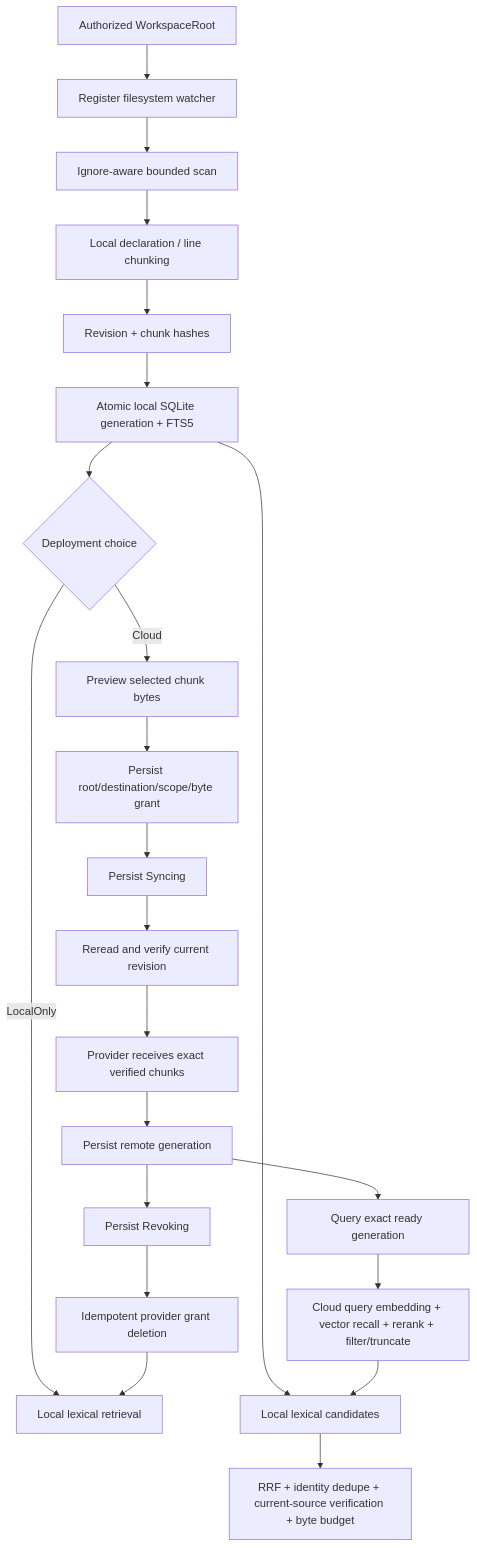
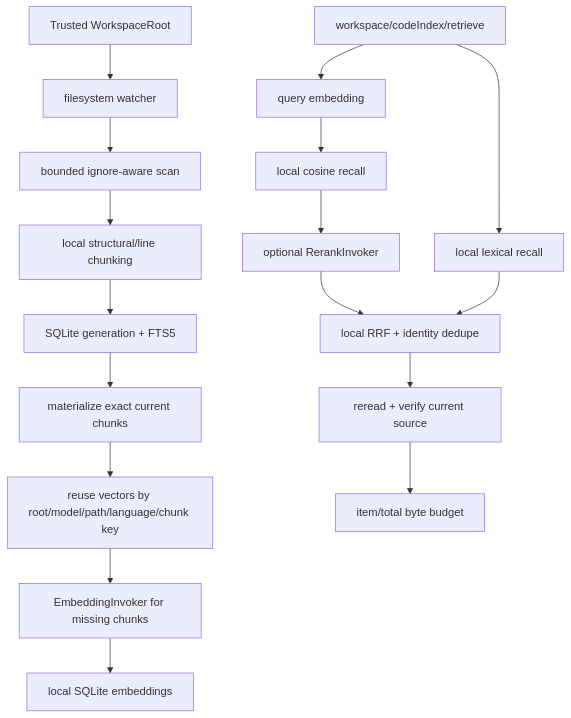
One commit to chogng/zeta changed the diagram in docs/code-index.md. Above: the diagram before and after it, drawn with Mermaid. The commit also changed other lines of this file and 254 other files, not shown here.

````diff
--- a/docs/code-index.md
+++ b/docs/code-index.md
@@ -42,24 +44,19 @@
 ```mermaid
 flowchart TD
-    Root["Authorized WorkspaceRoot"] --> Watch["Register filesystem watcher"]
-    Watch --> Scan["Ignore-aware bounded scan"]
-    Scan --> Chunk["Local declaration / line chunking"]
-    Chunk --> Identity["Revision + chunk hashes"]
-    Identity --> SQLite["Atomic local SQLite generation + FTS5"]
-    SQLite --> Choice{"Deployment choice"}
-    Choice -->|"LocalOnly"| Local["Local lexical retrieval"]
-    Choice -->|"Cloud"| PreviewChunks["Preview selected chunk bytes"]
-    PreviewChunks --> Grant["Persist root/destination/scope/byte grant"]
-    Grant --> Sync["Persist Syncing"]
-    Sync --> Verify["Reread and verify current revision"]
-    Verify --> SendChunks["Provider receives exact verified chunks"]
-    SendChunks --> Ready["Persist remote generation"]
-    Ready --> Query["Query exact ready generation"]
-    Query --> CloudRank["Cloud query embedding + vector recall + rerank + filter/truncate"]
-    SQLite --> Recall["Local lexical candidates"]
-    CloudRank --> Recall
-    Recall --> Fuse["RRF + identity dedupe + current-source verification + byte budget"]
-    Ready --> Revoke["Persist Revoking"]
-    Revoke --> Delete["Idempotent provider grant deletion"]
-    Delete --> Local
+    Root["Trusted WorkspaceRoot"] --> Watch["filesystem watcher"]
+    Watch --> Scan["bounded ignore-aware scan"]
+    Scan --> Chunk["local structural/line chunking"]
+    Chunk --> Lexical["SQLite generation + FTS5"]
+    Lexical --> Verify["materialize exact current chunks"]
+    Verify --> Reuse["reuse vectors by root/model/path/language/chunk key"]
+    Reuse --> Embed["EmbeddingInvoker for missing chunks"]
+    Embed --> Dense["local SQLite embeddings"]
+    Query["workspace/codeIndex/retrieve"] --> FTS["local lexical recall"]
+    Query --> QueryEmbed["query embedding"]
+    QueryEmbed --> Vector["local cosine recall"]
+    Vector --> Rerank["optional RerankInvoker"]
+    Rerank --> Fuse["local RRF + identity dedupe"]
+    FTS --> Fuse
+    Fuse --> Current["reread + verify current source"]
+    Current --> Budget["item/total byte budget"]
 ```
````
